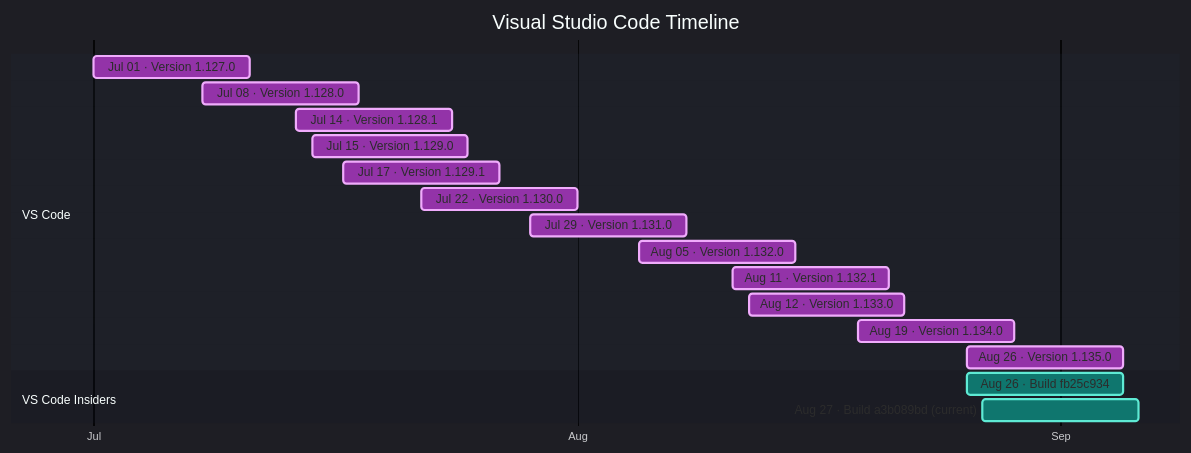
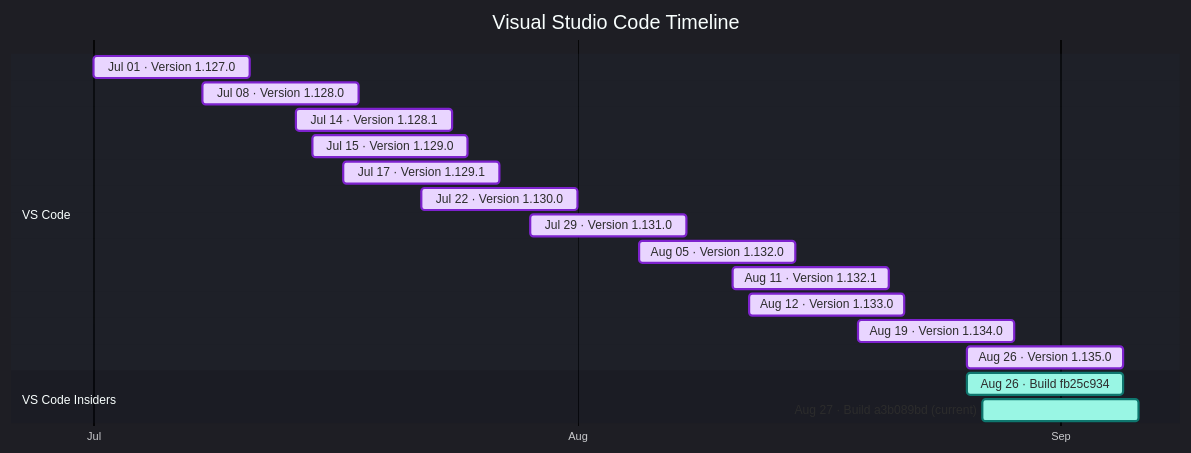
One commit to Oxelya-DevTools/VisualStudioUpdate changed the diagram in docs/vscode.md. Above: the diagram before and after it, drawn with Mermaid. The commit also changed 2 other files, not shown here.

Commit message:
Update Mermaid Gantt chart theme to pastel, high-contrast
Refreshed Gantt chart theme variables in TimelineMarkdownWriter.cs and regenerated markdown files (visual-studio-2026.md, vscode.md). The new theme features lighter task backgrounds, dark task text, and revised border/background colors for done, active, and critical states, resulting in a pastel, higher-contrast look.

````diff
--- a/docs/vscode.md
+++ b/docs/vscode.md
@@ -9,24 +9,24 @@
 ```mermaid
-%%{init: {'theme':'dark','themeVariables': { 'fontFamily': 'Segoe UI', 'fontSize': '24px', 'textColor': '#F3F4F6', 'titleTextColor': '#FFFFFF', 'taskTextColor': '#FFFFFF', 'taskTextLightColor': '#FFFFFF', 'taskTextOutsideColor': '#F3F4F6', 'taskBkgColor': '#0891B2', 'taskBorderColor': '#67E8F9', 'doneTaskBkgColor': '#9333A8', 'doneTaskBorderColor': '#F0ABFC', 'activeTaskBkgColor': '#0F766E', 'activeTaskBorderColor': '#5EEAD4', 'critTaskBkgColor': '#C2410C', 'critTaskBorderColor': '#FDBA74', 'sectionBkgColor': '#1F2937', 'altSectionBkgColor': '#111827', 'gridColor': '#4B5563', 'todayLineColor': '#F87171' }}}%%
+%%{init: {'theme':'dark','themeVariables': { 'fontFamily': 'Segoe UI', 'fontSize': '24px', 'textColor': '#F3F4F6', 'titleTextColor': '#FFFFFF', 'taskTextColor': '#111827', 'taskTextLightColor': '#111827', 'taskTextOutsideColor': '#F3F4F6', 'taskBkgColor': '#BAE6FD', 'taskBorderColor': '#0369A1', 'doneTaskBkgColor': '#E9D5FF', 'doneTaskBorderColor': '#7E22CE', 'activeTaskBkgColor': '#99F6E4', 'activeTaskBorderColor': '#0F766E', 'critTaskBkgColor': '#FED7AA', 'critTaskBorderColor': '#C2410C', 'sectionBkgColor': '#1F2937', 'altSectionBkgColor': '#111827', 'gridColor': '#4B5563', 'todayLineColor': '#F87171' }}}%%
 gantt
     title Visual Studio Code Timeline
     dateFormat  YYYY-MM-DD
     axisFormat  %b
     tickInterval 1month
     section VS Code
     Jul 01 · Version 1.127.0 : done, vscode202607010, 2026-07-01, 10d
     Jul 08 · Version 1.128.0 : done, vscode202607081, 2026-07-08, 10d
     Jul 14 · Version 1.128.1 : done, vscode202607142, 2026-07-14, 10d
     Jul 15 · Version 1.129.0 : done, vscode202607153, 2026-07-15, 10d
     Jul 17 · Version 1.129.1 : done, vscode202607174, 2026-07-17, 10d
     Jul 22 · Version 1.130.0 : done, vscode202607225, 2026-07-22, 10d
     Jul 29 · Version 1.131.0 : done, vscode202607296, 2026-07-29, 10d
     Aug 05 · Version 1.132.0 : done, vscode202608057, 2026-08-05, 10d
     Aug 11 · Version 1.132.1 : done, vscode202608118, 2026-08-11, 10d
     Aug 12 · Version 1.133.0 : done, vscode202608129, 2026-08-12, 10d
     Aug 19 · Version 1.134.0 : done, vscode2026081910, 2026-08-19, 10d
     Aug 26 · Version 1.135.0 : done, vscode2026082611, 2026-08-26, 10d
     section VS Code Insiders
     Aug 26 · Build fb25c934 : active, vscodeinsiders202608260, 2026-08-26, 10d
     Aug 27 · Build a3b089bd (current) : active, vscodeinsiders202608271, 2026-08-27, 10d
 ```
````
